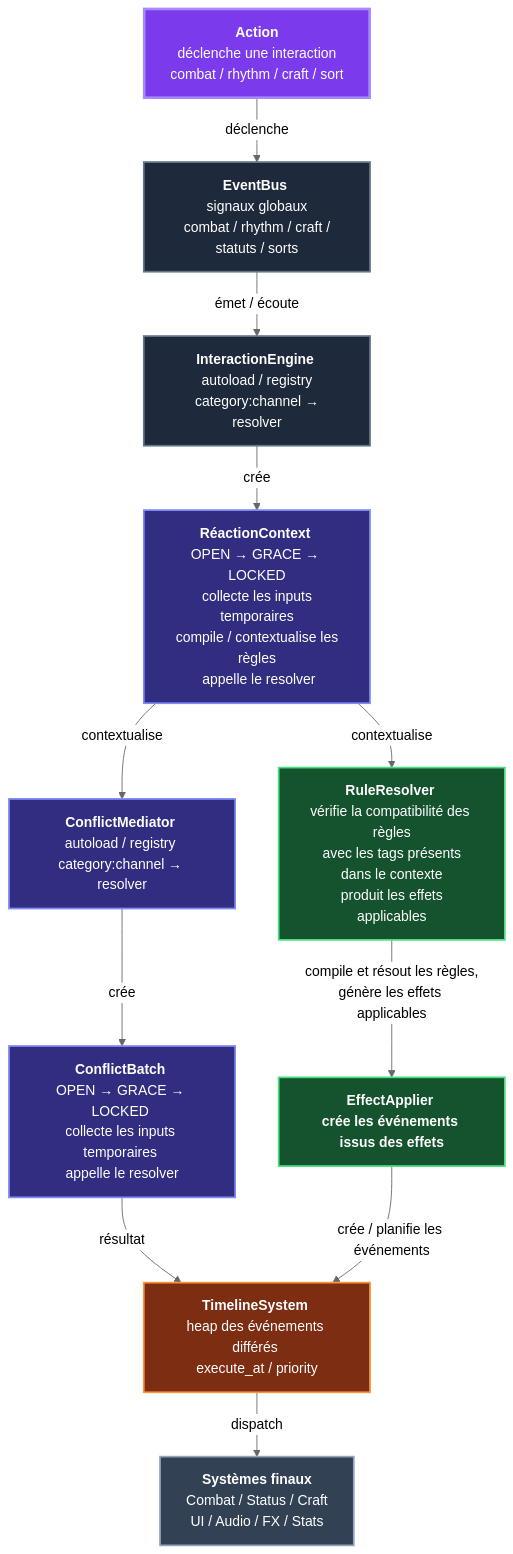
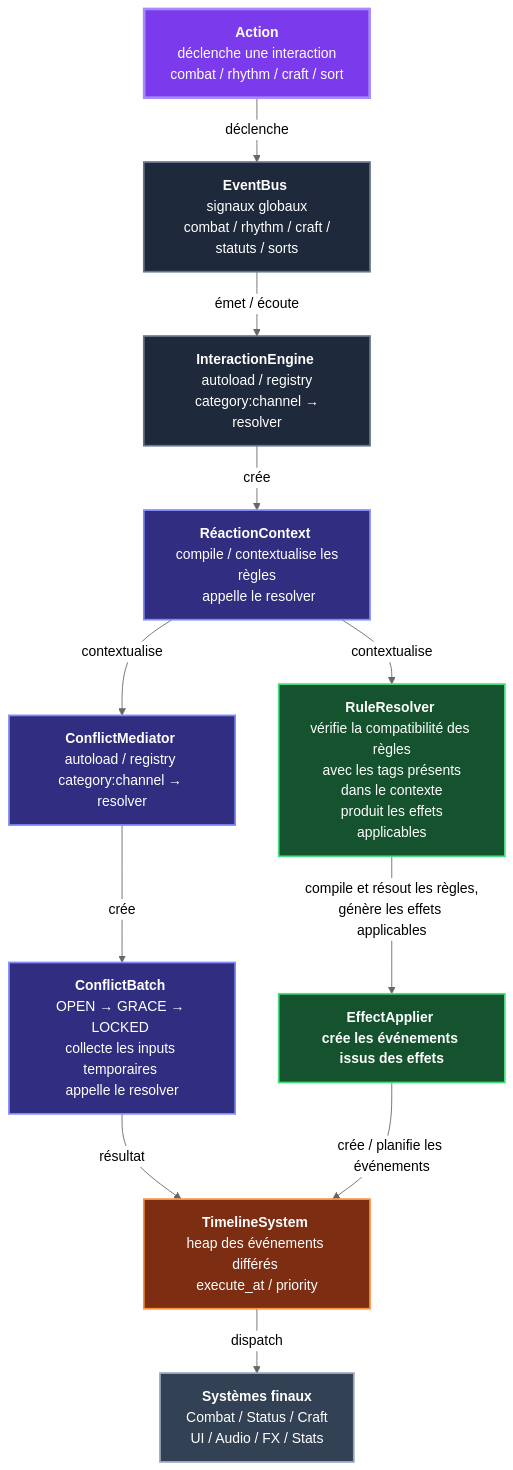
Before and after one commit to PonchioPi/CrossTrinity: the diagram in README.md, drawn with Mermaid (neutral theme).

Commit message:
Update README.md
Correction du diagramme

````diff
--- a/README.md
+++ b/README.md
@@ -173,73 +173,71 @@
 ```mermaid
 flowchart TD 
 
 ACT["<b>Action</b> 
 déclenche une interaction
  combat / rhythm / craft / sort"] 
 
 EB["<b>EventBus</b> 
 signaux globaux
  combat / rhythm / craft / statuts / sorts"] 
 
 IE["<b>InteractionEngine</b> 
 autoload / registry
  category:channel → resolver"]
 
 RC["<b>RéactionContext</b> 
-OPEN → GRACE → LOCKED
- collecte les inputs temporaires
  compile / contextualise les règles
  appelle le resolver"] 
 
 RR["<b>RuleResolver</b> 
 vérifie la compatibilité des règles
  avec les tags présents dans le contexte
  produit les effets applicables"] 
 
 CM["<b>ConflictMediator</b> 
 autoload / registry 
 category:channel → resolver"] 
 
 CB["<b>ConflictBatch</b> 
 OPEN → GRACE → LOCKED 
 collecte les inputs temporaires 
 appelle le resolver"] 
 
 EA["<b>EffectApplier</> 
 crée les événements issus des effets"] 
 
 TS["<b>TimelineSystem</b> 
 heap des événements différés 
 execute_at / priority"] 
 
 OUT["<b>Systèmes finaux</b>
 Combat / Status / Craft 
 UI / Audio / FX / Stats"] 
 
 ACT -->|"déclenche"| EB 
 
 EB -->|"émet / écoute"| IE 
 
 IE -->|"crée"| RC 
 
 RC -->|"contextualise"| CM 
 RC -->|"contextualise"| RR 
 RR -->|"compile et résout les règles,
 génère les effets applicables"| EA 
 CM -->|"crée"| CB 
 CB -->|"résultat"| TS 
 EA -->|"crée / planifie les événements"| TS 
 TS -->|"dispatch"| OUT 
 classDef action fill:#7c3aed,color:#fff,stroke:#a78bfa,stroke-width:3px 
 classDef core fill:#1e293b,color:#fff,stroke:#64748b,stroke-width:2px 
 classDef context fill:#312e81,color:#fff,stroke:#818cf8,stroke-width:2px 
 classDef resolver fill:#14532d,color:#fff,stroke:#4ade80,stroke-width:2px 
 classDef timeline fill:#7c2d12,color:#fff,stroke:#fb923c,stroke-width:2px 
 classDef output fill:#334155,color:#fff,stroke:#94a3b8,stroke-width:2px 
 class ACT action; 
 class EB,IE core; 
 class RC,CM,CB context; 
 class RR,EA resolver;
 class TS timeline;
 class OUT output;
 ```
````
